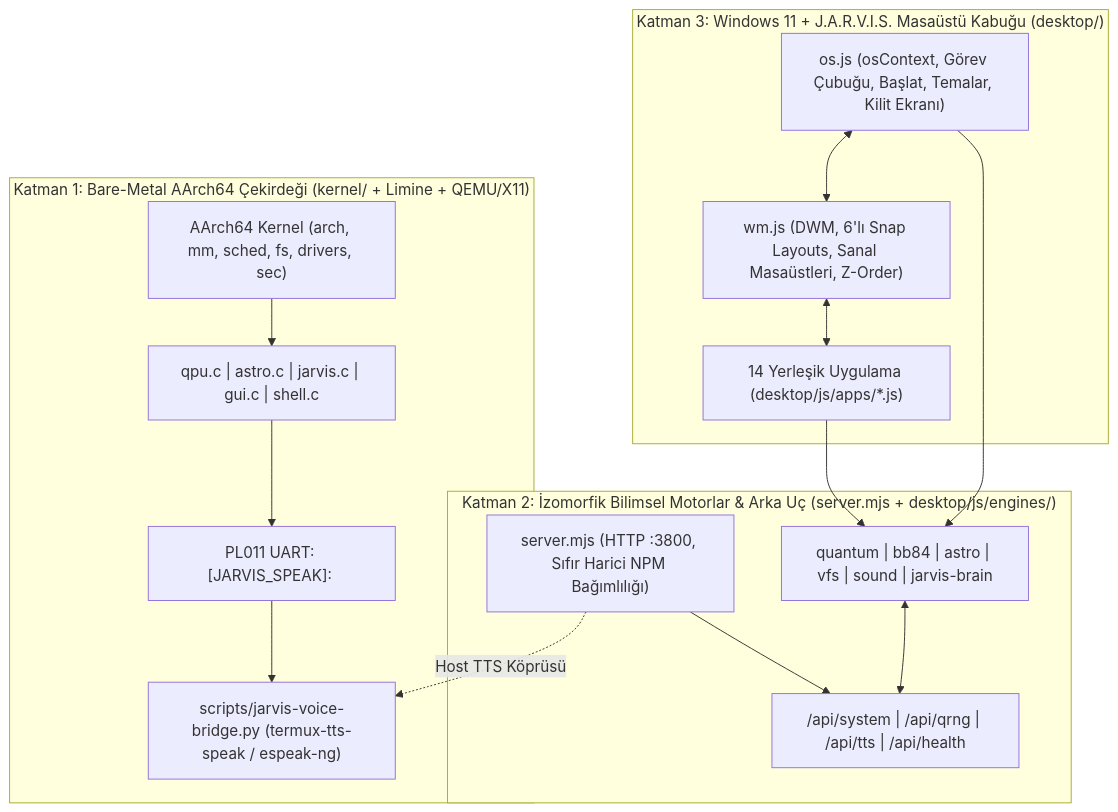
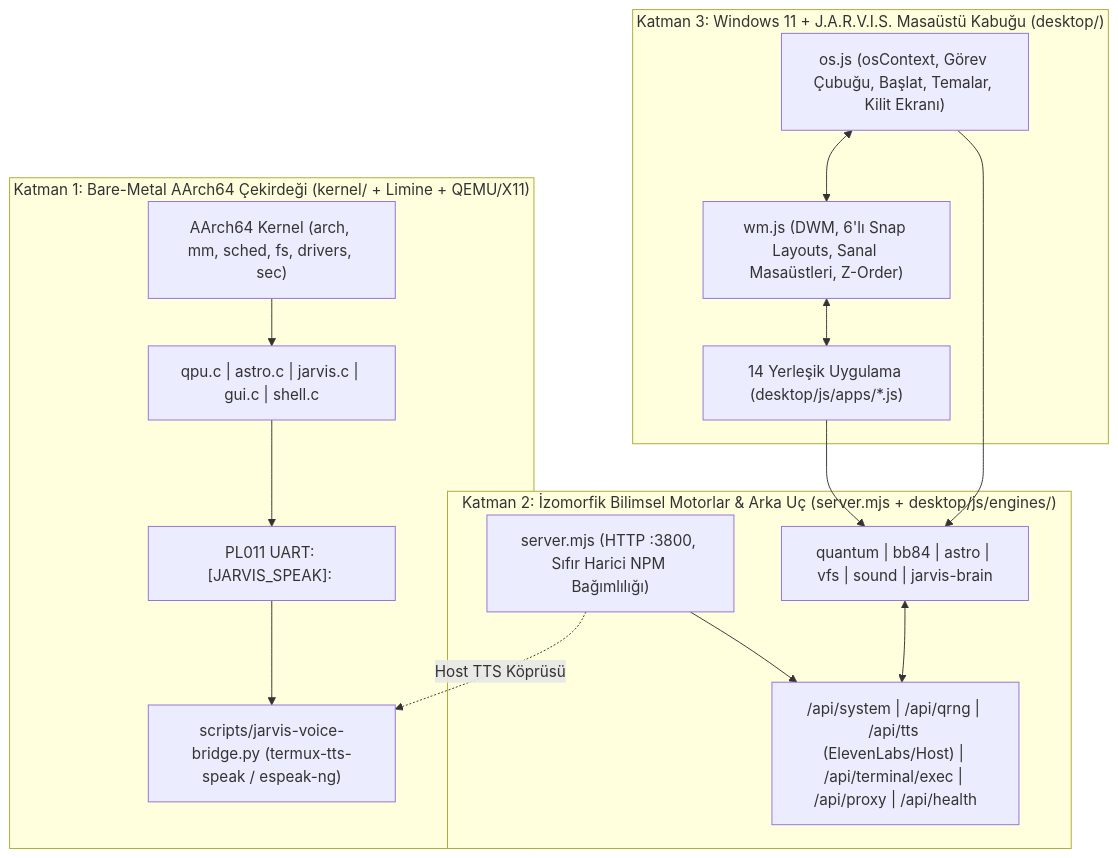
One commit to Lennebraha38/QuantOS changed the diagram in ARCHITECTURE.md. Above: the diagram before and after it, drawn with Mermaid. The commit also changed 9 other files, not shown here.

Commit message:
feat: real bash terminal, elevenlabs tts, jarvis conversational ai, secure web proxy, desktop dblclick fix

````diff
--- a/ARCHITECTURE.md
+++ b/ARCHITECTURE.md
@@ -13,30 +13,30 @@
 ```mermaid
 flowchart TD
     subgraph L3["Katman 3: Windows 11 + J.A.R.V.I.S. Masaüstü Kabuğu (desktop/)"]
         OS["os.js (osContext, Görev Çubuğu, Başlat, Temalar, Kilit Ekranı)"]
         WM["wm.js (DWM, 6'lı Snap Layouts, Sanal Masaüstleri, Z-Order)"]
         APPS["14 Yerleşik Uygulama (desktop/js/apps/*.js)"]
         OS <--> WM
         WM <--> APPS
     end
 
     subgraph L2["Katman 2: İzomorfik Bilimsel Motorlar & Arka Uç (server.mjs + desktop/js/engines/)"]
         ENG["quantum | bb84 | astro | vfs | sound | jarvis-brain"]
         SRV["server.mjs (HTTP :3800, Sıfır Harici NPM Bağımlılığı)"]
-        API["/api/system | /api/qrng | /api/tts | /api/health"]
+        API["/api/system | /api/qrng | /api/tts (ElevenLabs/Host) | /api/terminal/exec | /api/proxy | /api/health"]
         SRV --> API
     end
 
     subgraph L1["Katman 1: Bare-Metal AArch64 Çekirdeği (kernel/ + Limine + QEMU/X11)"]
         KRN["AArch64 Kernel (arch, mm, sched, fs, drivers, sec)"]
         KSCI["qpu.c | astro.c | jarvis.c | gui.c | shell.c"]
         UART["PL011 UART: [JARVIS_SPEAK]: <metin>"]
         BRG["scripts/jarvis-voice-bridge.py (termux-tts-speak / espeak-ng)"]
         KRN --> KSCI --> UART --> BRG
     end
 
     APPS --> ENG
     OS --> ENG
     ENG <--> API
     SRV -. "Host TTS Köprüsü" .-> BRG
 ```
````
